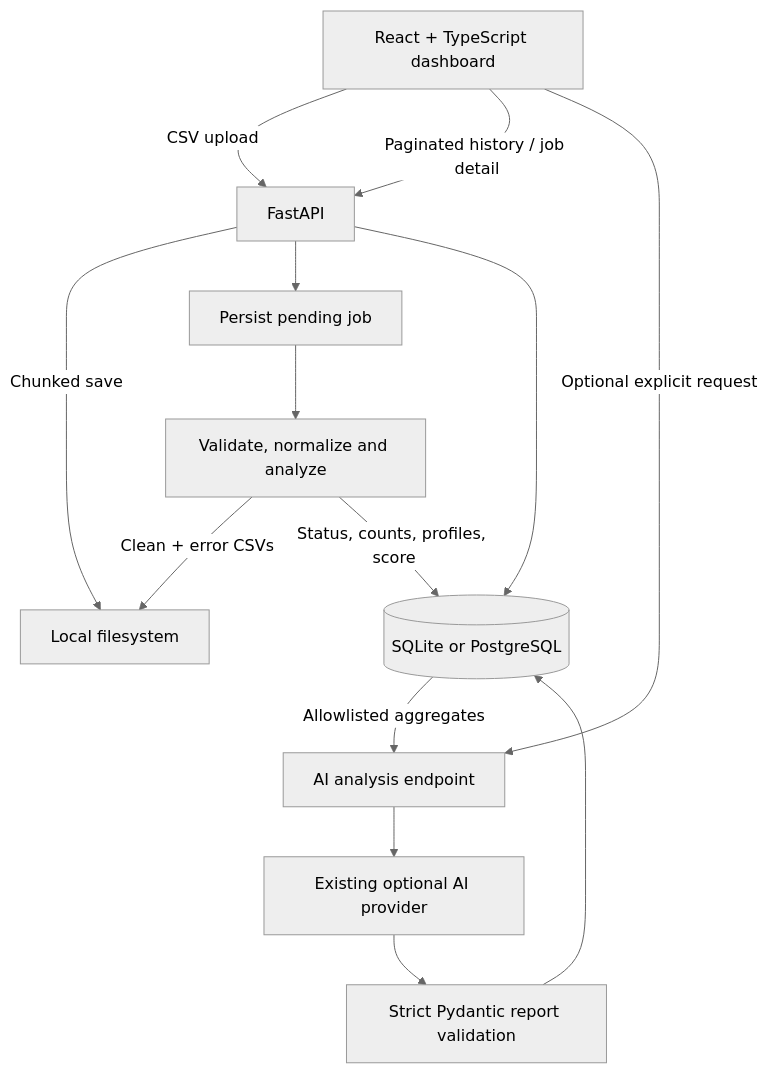
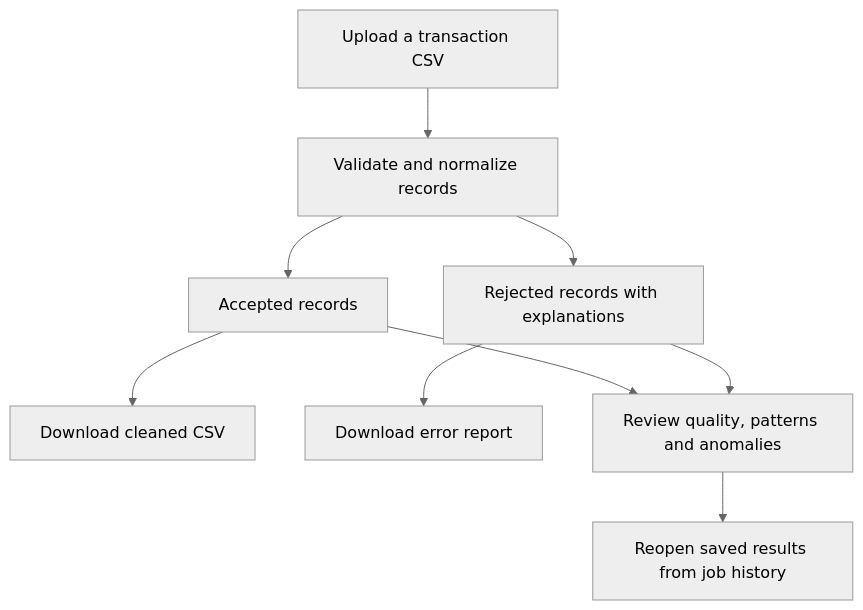
One commit to iayushmahajan/File-Intake-Processing-Service changed the first of 2 diagrams in README.md. Above: the diagram before and after it, drawn with Mermaid (neutral theme). The commit also changed other lines of this file and 48 other files, not shown here.

````diff
--- a/README.md
+++ b/README.md
@@ -30,16 +15,11 @@
 ```mermaid
 flowchart TD
-    UI[React + TypeScript dashboard] -->|CSV upload| API[FastAPI]
-    API -->|Chunked save| FS[Local filesystem]
-    API --> JOB[Persist pending job]
-    JOB --> PROCESS[Validate, normalize and analyze]
-    PROCESS -->|Clean + error CSVs| FS
-    PROCESS -->|Status, counts, profiles, score| DB[(SQLite or PostgreSQL)]
-    UI -->|Paginated history / job detail| API
-    API --> DB
-    UI -->|Optional explicit request| AI[AI analysis endpoint]
-    DB -->|Allowlisted aggregates| AI
-    AI --> PROVIDER[Existing optional AI provider]
-    PROVIDER --> SCHEMA[Strict Pydantic report validation]
-    SCHEMA --> DB
+    A[Upload a transaction CSV] --> B[Validate and normalize records]
+    B --> C[Accepted records]
+    B --> D[Rejected records with explanations]
+    C --> E[Download cleaned CSV]
+    D --> F[Download error report]
+    C --> G[Review quality, patterns and anomalies]
+    D --> G
+    G --> H[Reopen saved results from job history]
 ```
````
